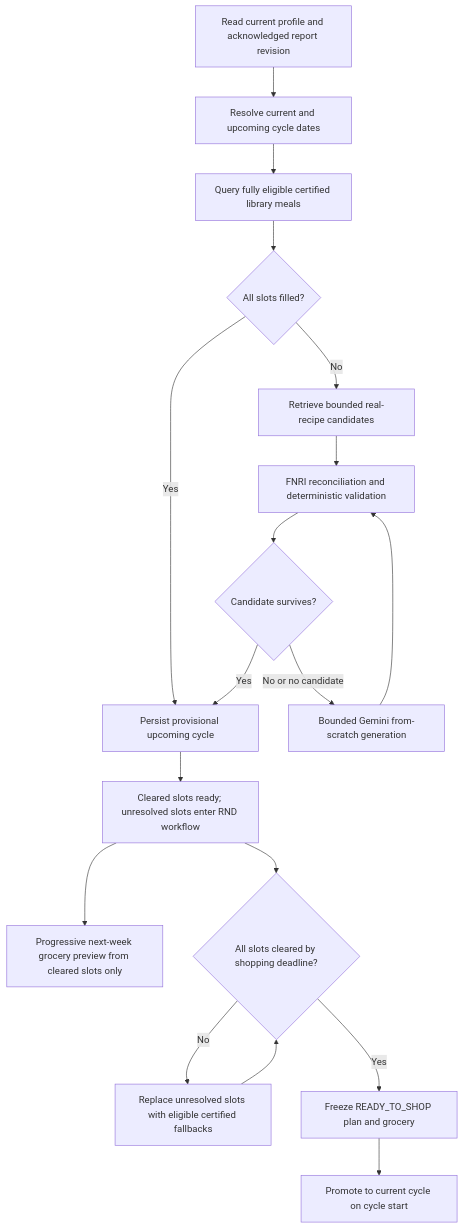
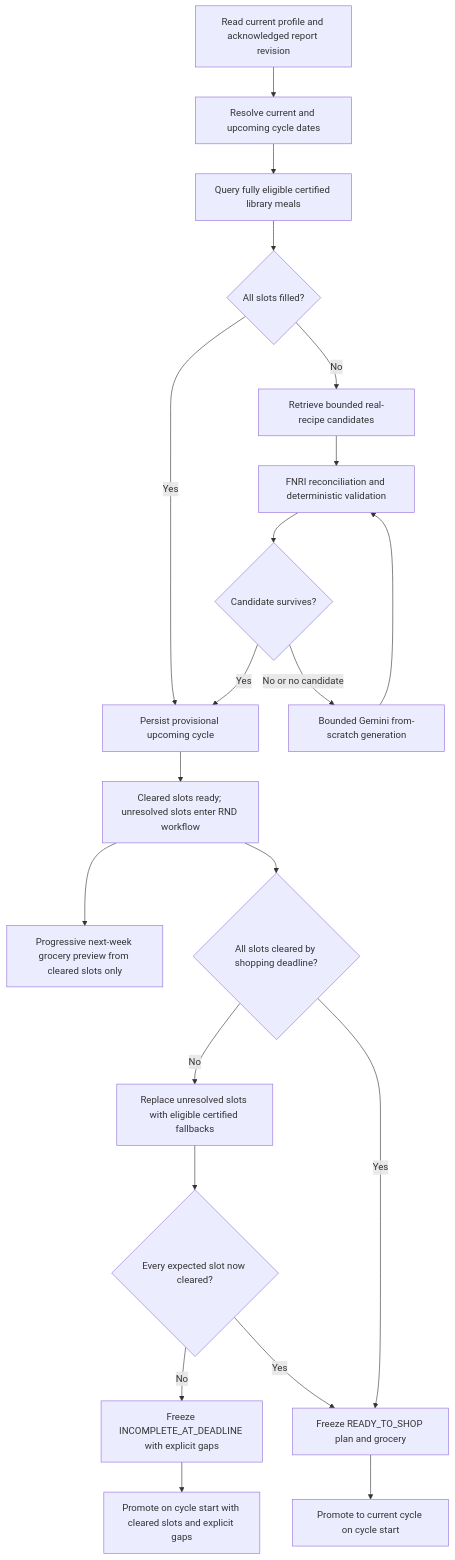
The first of 4 diagrams in docs/CORE_WORKFLOW_IMPLEMENTATION_SEQUENCE.md (Chimairel/nutrimindv1), drawn with Mermaid before and after one commit. The commit also changed other lines of this file and 2 other files, not shown here.

````diff
--- a/docs/CORE_WORKFLOW_IMPLEMENTATION_SEQUENCE.md
+++ b/docs/CORE_WORKFLOW_IMPLEMENTATION_SEQUENCE.md
@@ -99,20 +105,23 @@
 ```mermaid
 flowchart TD
     A[Read current profile and acknowledged report revision] --> B[Resolve current and upcoming cycle dates]
     B --> C[Query fully eligible certified library meals]
     C --> D{All slots filled?}
     D -- Yes --> H[Persist provisional upcoming cycle]
     D -- No --> E[Retrieve bounded real-recipe candidates]
     E --> F[FNRI reconciliation and deterministic validation]
     F --> G{Candidate survives?}
     G -- Yes --> H
     G -- No or no candidate --> I[Bounded Gemini from-scratch generation]
     I --> F
     H --> J[Cleared slots ready; unresolved slots enter RND workflow]
     J --> K[Progressive next-week grocery preview from cleared slots only]
     J --> L{All slots cleared by shopping deadline?}
     L -- No --> M[Replace unresolved slots with eligible certified fallbacks]
-    M --> L
+    M --> P{Every expected slot now cleared?}
+    P -- No --> Q[Freeze INCOMPLETE_AT_DEADLINE with explicit gaps]
+    P -- Yes --> N
     L -- Yes --> N[Freeze READY_TO_SHOP plan and grocery]
+    Q --> R[Promote on cycle start with cleared slots and explicit gaps]
     N --> O[Promote to current cycle on cycle start]
 ```
````
